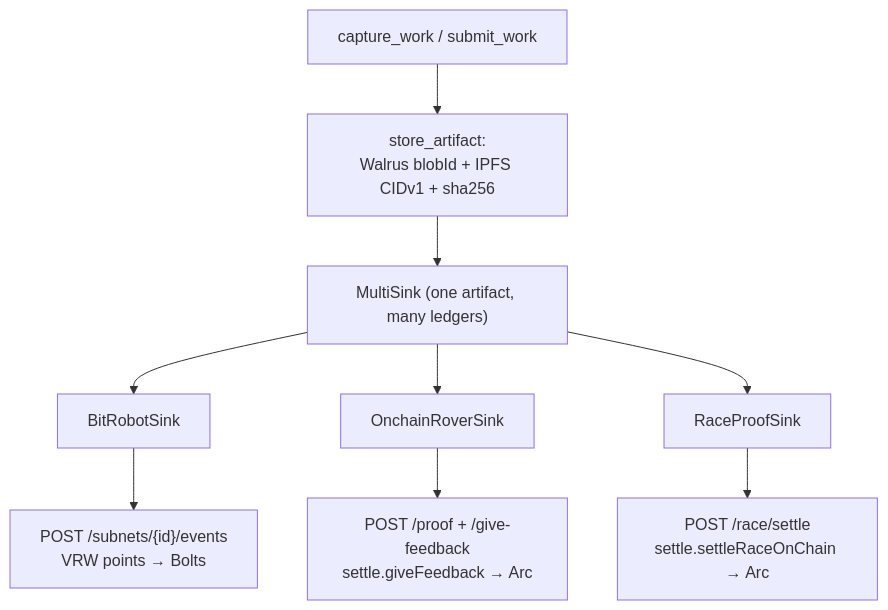
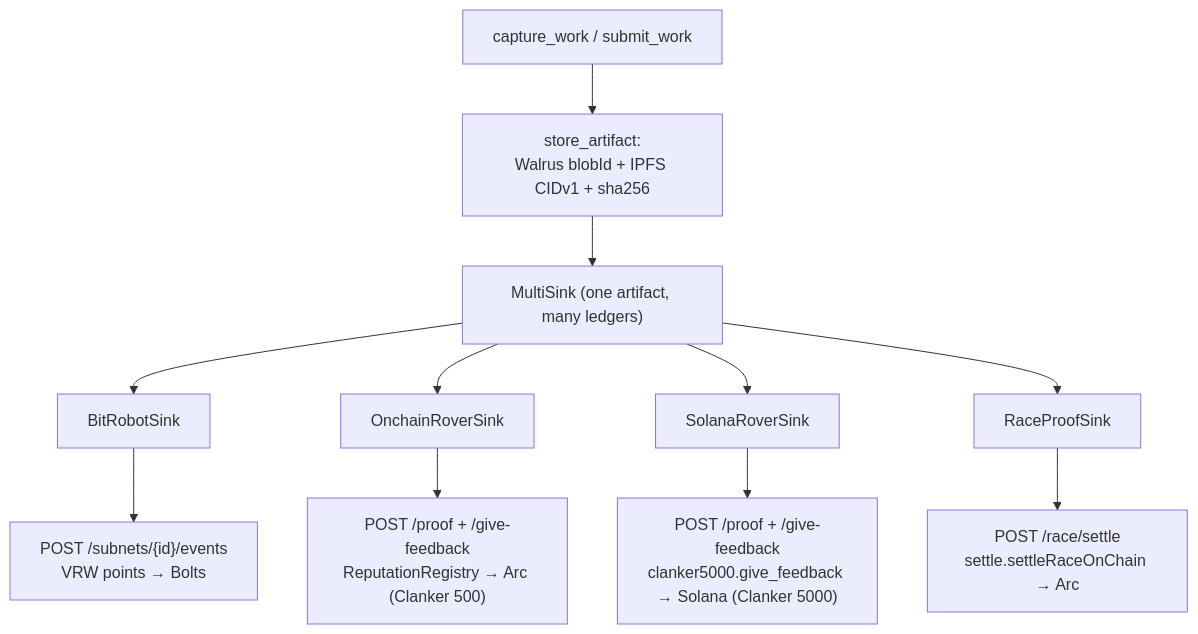
Before and after one commit to 0xSoftBoi/mini-plus-agent-kit: the third of 3 diagrams in README.md, drawn with Mermaid. The commit also changed other lines of this file and 6 other files, not shown here.

First line of the commit message:
feat(work): SolanaRoverSink — anchor robot work on the clanker5000 Solana program

````diff
--- a/README.md
+++ b/README.md
@@ -105,11 +107,13 @@
 ```mermaid
 flowchart TB
   CAP["capture_work / submit_work"] --> ART["store_artifact:<br/>Walrus blobId + IPFS CIDv1 + sha256"]
   ART --> MS["MultiSink (one artifact, many ledgers)"]
   MS --> BR["BitRobotSink"]
   MS --> OR["OnchainRoverSink"]
+  MS --> SR["SolanaRoverSink"]
   MS --> RP["RaceProofSink"]
   BR --> E1["POST /subnets/{id}/events<br/>VRW points &rarr; Bolts"]
-  OR --> E2["POST /proof + /give-feedback<br/>settle.giveFeedback &rarr; Arc"]
+  OR --> E2["POST /proof + /give-feedback<br/>ReputationRegistry &rarr; Arc (Clanker 500)"]
+  SR --> E4["POST /proof + /give-feedback<br/>clanker5000.give_feedback &rarr; Solana (Clanker 5000)"]
   RP --> E3["POST /race/settle<br/>settle.settleRaceOnChain &rarr; Arc"]
 ```
````
